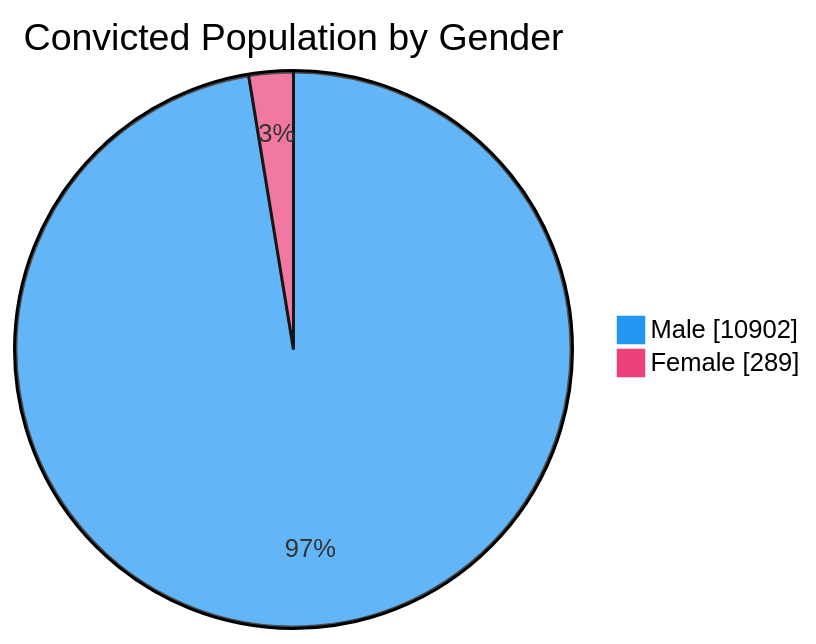
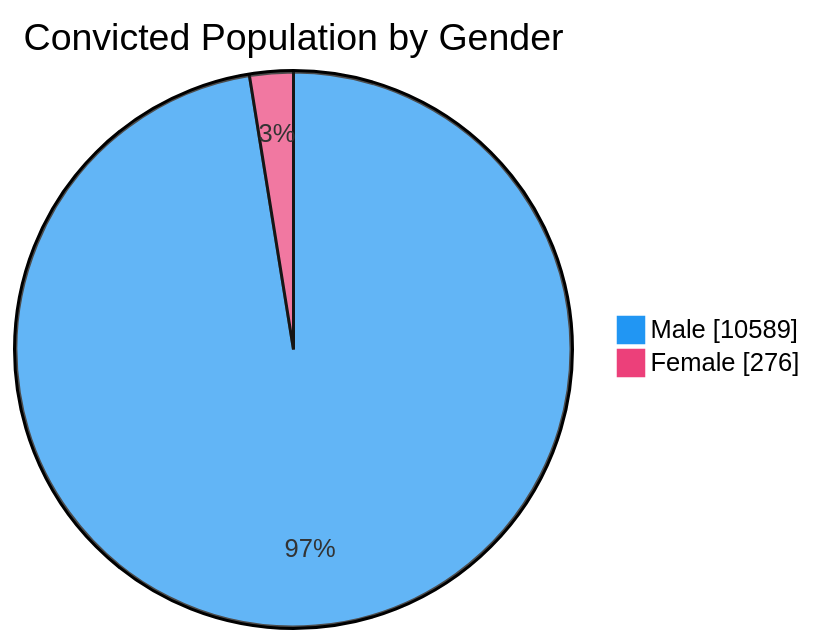
The third of 7 diagrams in README.md (nuuuwan/lk_prisons), drawn with Mermaid before and after one commit. The commit also changed other lines of this file and 1 other file, not shown here.

````diff
--- a/README.md
+++ b/README.md
@@ -65,6 +65,6 @@
 ```mermaid
 %%{init: {'themeVariables': {'pie1': '#2196F3', 'pie2': '#EC407A'}}}%%
 pie showData title Convicted Population by Gender
-    "Male" : 10902
-    "Female" : 289
+    "Male" : 10589
+    "Female" : 276
 ```
````
